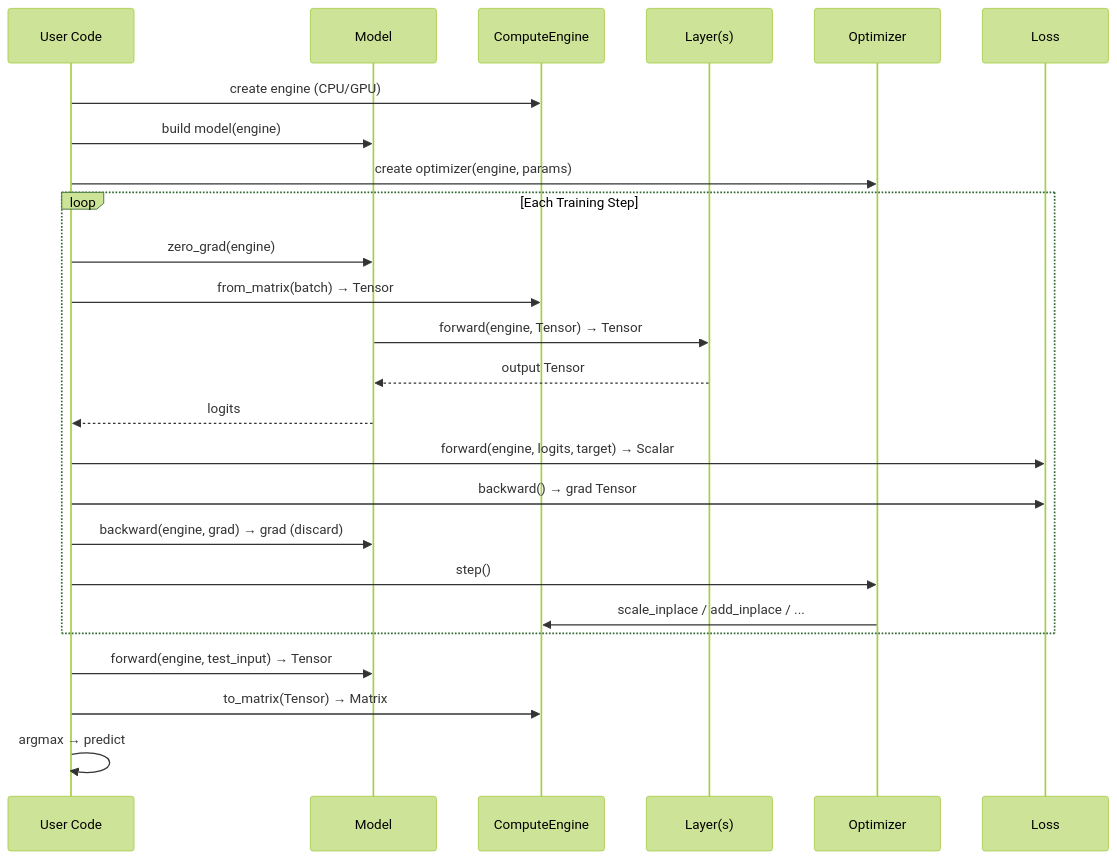
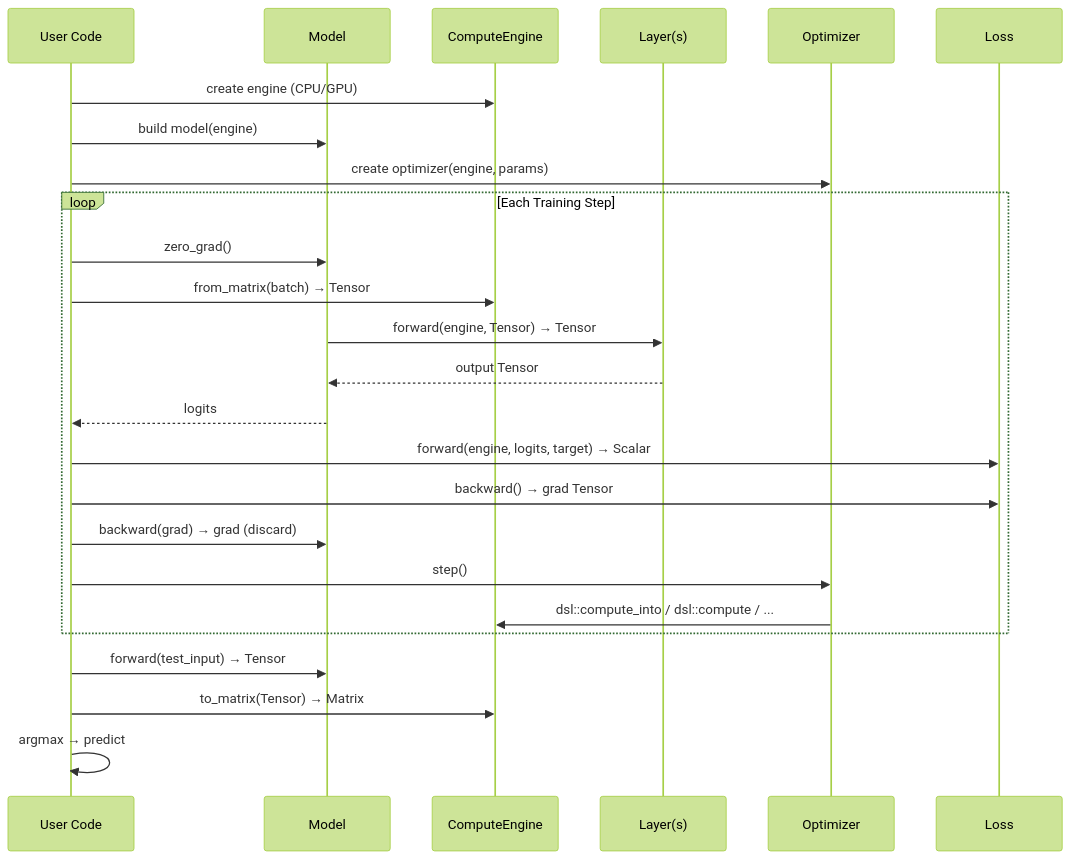
The third of 3 diagrams in docs/introduction/01-architecture.md (EthanPeng-2048/neuralnet.cpp), drawn with Mermaid (forest theme) before and after one commit. The commit also changed other lines of this file and 158 other files, not shown here.

````diff
--- a/docs/introduction/01-architecture.md
+++ b/docs/introduction/01-architecture.md
@@ -334,32 +332,32 @@
 ```mermaid
 sequenceDiagram
     participant U as User Code
     participant M as Model
     participant E as ComputeEngine
     participant L as Layer(s)
     participant O as Optimizer
     participant F as Loss
 
     U->>E: create engine (CPU/GPU)
     U->>M: build model(engine)
     U->>O: create optimizer(engine, params)
 
     loop Each Training Step
-        U->>M: zero_grad(engine)
+        U->>M: zero_grad()
         U->>E: from_matrix(batch) → Tensor
         M->>L: forward(engine, Tensor) → Tensor
         L-->>M: output Tensor
         M-->>U: logits
 
         U->>F: forward(engine, logits, target) → Scalar
         U->>F: backward() → grad Tensor
-        U->>M: backward(engine, grad) → grad (discard)
+        U->>M: backward(grad) → grad (discard)
 
         U->>O: step()
-        O->>E: scale_inplace / add_inplace / ...
+        O->>E: dsl::compute_into / dsl::compute / ...
     end
 
-    U->>M: forward(engine, test_input) → Tensor
+    U->>M: forward(test_input) → Tensor
     U->>E: to_matrix(Tensor) → Matrix
     U->>U: argmax → predict
 ```
````
